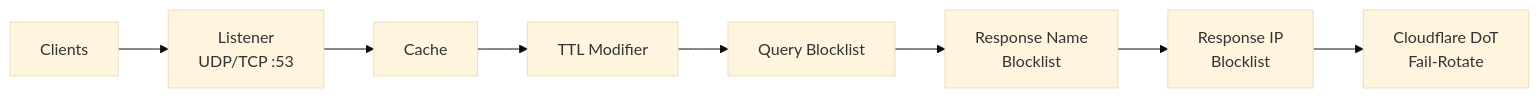
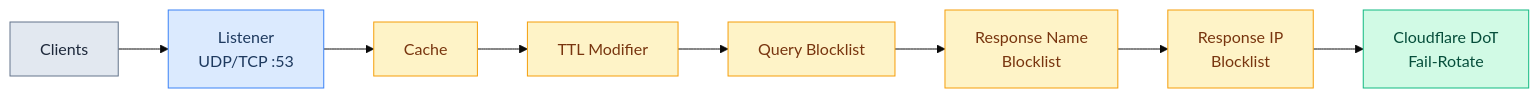
Before and after one commit to folbricht/routedns: the fourth of 5 diagrams in README.md, drawn with Mermaid (base theme). The commit also changed other lines of this file, not shown here.

Commit message:
Add color to mermaid diagrams

````diff
--- a/README.md
+++ b/README.md
@@ -164,10 +188,18 @@
 ```mermaid
 graph LR
     C[Clients] --> L[Listener<br/>UDP/TCP :53]
     L --> CA[Cache]
     CA --> TTL[TTL Modifier]
     TTL --> BQ[Query Blocklist]
     BQ --> BR[Response Name<br/>Blocklist]
     BR --> BI[Response IP<br/>Blocklist]
     BI --> CF[Cloudflare DoT<br/>Fail-Rotate]
+    classDef ext fill:#e2e8f0,stroke:#64748b,color:#1e293b
+    classDef listen fill:#dbeafe,stroke:#3b82f6,color:#1e3a5f
+    classDef proc fill:#fef3c7,stroke:#f59e0b,color:#78350f
+    classDef resolve fill:#d1fae5,stroke:#10b981,color:#064e3b
+    class C ext
+    class L listen
+    class CA,TTL,BQ,BR,BI proc
+    class CF resolve
 ```
````
